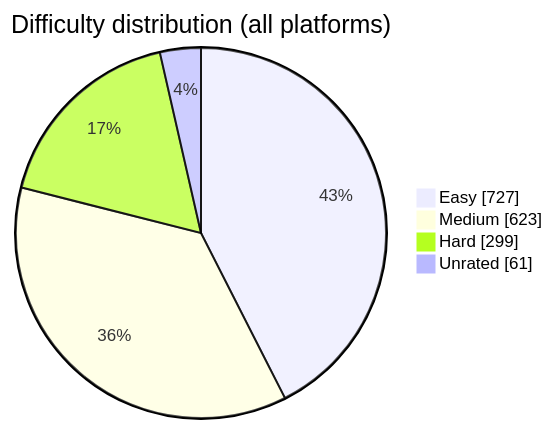
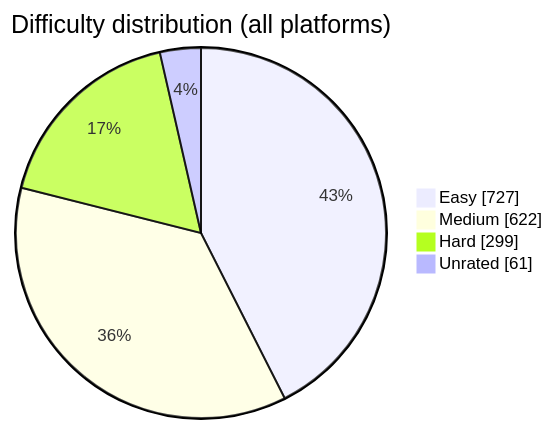
One commit to BuildbyArindam/Daily-Coding-Log changed the diagram in README.md. Above: the diagram before and after it, drawn with Mermaid. The commit also changed other lines of this file, not shown here.

````diff
--- a/README.md
+++ b/README.md
@@ -93,7 +93,7 @@
 ```mermaid
 pie showData title Difficulty distribution (all platforms)
     "Easy" : 727
-    "Medium" : 623
+    "Medium" : 622
     "Hard" : 299
     "Unrated" : 61
 ```
````
